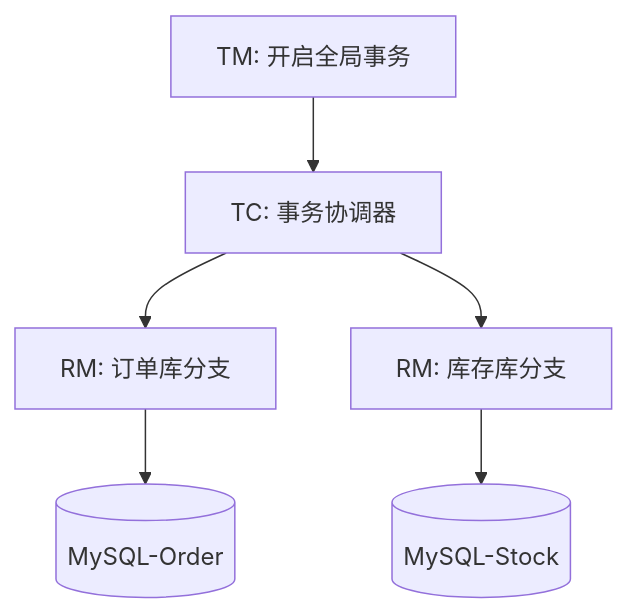
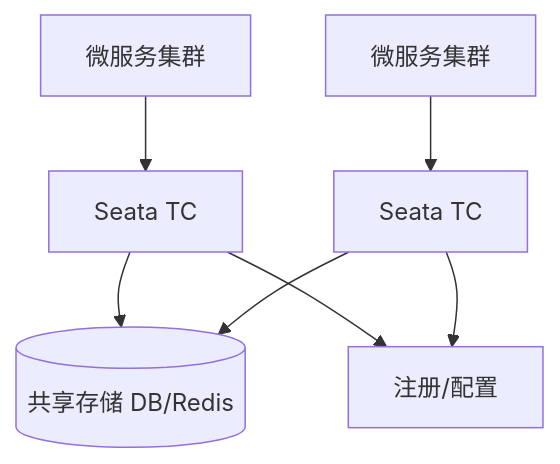
The second of 2 diagrams in docs/java/spring/25-seata-distributed-transaction.md (Aiden-Coding/AiDocs), drawn with Mermaid before and after one commit. The commit also changed other lines of this file and 21 other files, not shown here.

````diff
--- a/docs/java/spring/25-seata-distributed-transaction.md
+++ b/docs/java/spring/25-seata-distributed-transaction.md
@@ -21,8 +231,9 @@
 ```mermaid
-graph TD
-    TM[TM: 开启全局事务] --> TC[TC: 事务协调器]
-    TC --> RM1[RM: 订单库分支]
-    TC --> RM2[RM: 库存库分支]
-    RM1 --> DB1[(MySQL-Order)]
-    RM2 --> DB2[(MySQL-Stock)]
+flowchart TB
+    App1[微服务集群] --> TC1[Seata TC]
+    App2[微服务集群] --> TC2[Seata TC]
+    TC1 --> Store[(共享存储 DB/Redis)]
+    TC2 --> Store
+    TC1 --> Nacos[注册/配置]
+    TC2 --> Nacos
 ```
````
